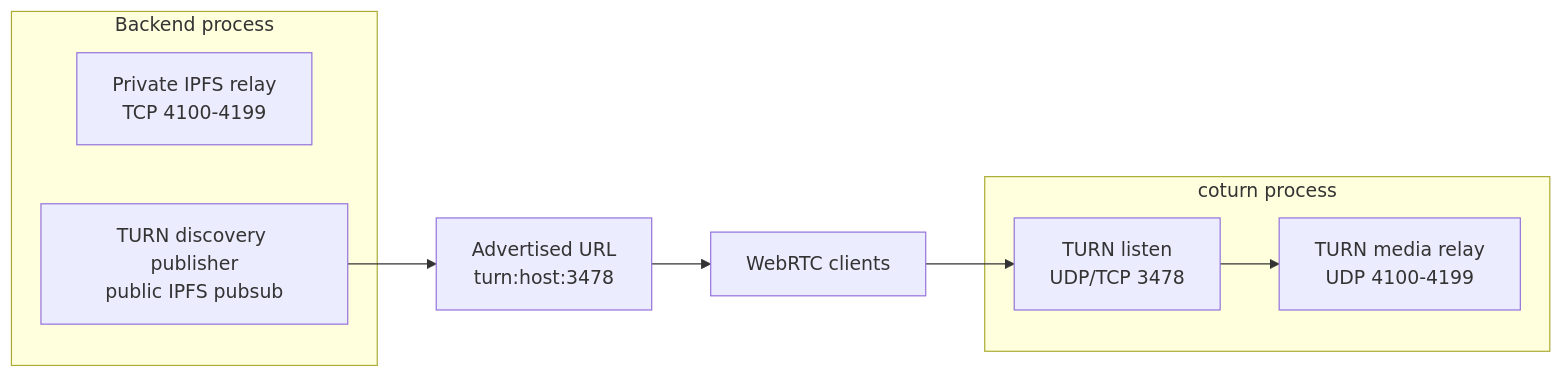
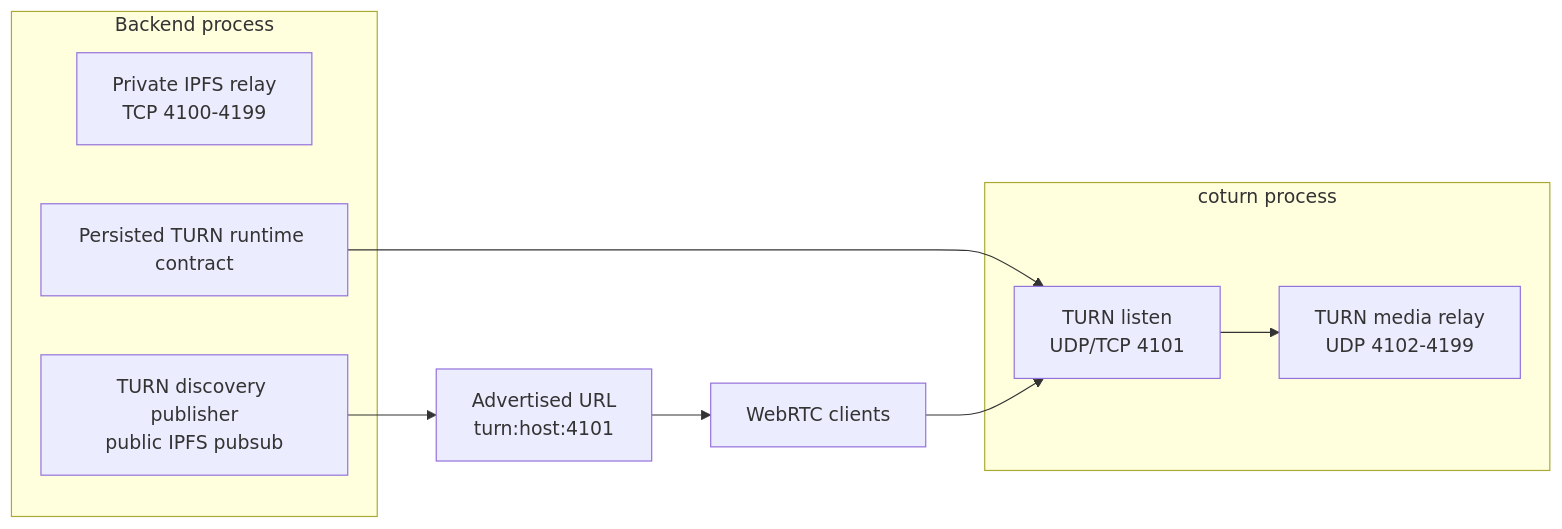
One commit to haskou/pigeon-swarm-node changed the fourth of 5 diagrams in docs/calls-turn-relay-discovery.md. Above: the diagram before and after it, drawn with Mermaid. The commit also changed other lines of this file and 18 other files, not shown here.

First line of the commit message:
feat(calls): ✨ Publish persisted TURN runtime configuration (#269)

````diff
--- a/docs/calls-turn-relay-discovery.md
+++ b/docs/calls-turn-relay-discovery.md
@@ -261,17 +261,19 @@
 ```mermaid
 flowchart LR
     subgraph Backend["Backend process"]
         IPFSRelay["Private IPFS relay<br/>TCP 4100-4199"]
+        RuntimeConfig["Persisted TURN runtime contract"]
         Discovery["TURN discovery publisher<br/>public IPFS pubsub"]
     end
 
     subgraph Coturn["coturn process"]
-        TurnListen["TURN listen<br/>UDP/TCP 3478"]
-        TurnMedia["TURN media relay<br/>UDP 4100-4199"]
+        TurnListen["TURN listen<br/>UDP/TCP 4101"]
+        TurnMedia["TURN media relay<br/>UDP 4102-4199"]
     end
 
-    Discovery --> TurnRecord["Advertised URL<br/>turn:host:3478"]
+    RuntimeConfig --> TurnListen
+    Discovery --> TurnRecord["Advertised URL<br/>turn:host:4101"]
     TurnRecord --> Clients["WebRTC clients"]
     Clients --> TurnListen
     TurnListen --> TurnMedia
 ```
````
